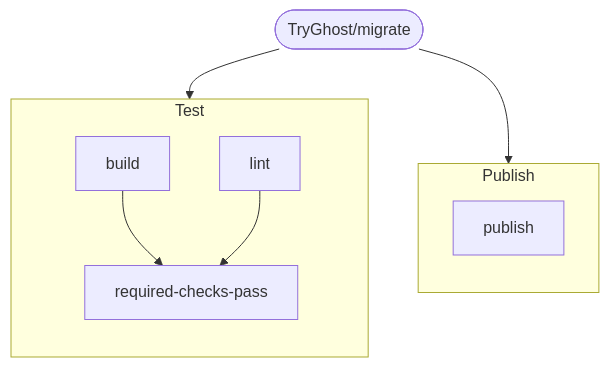
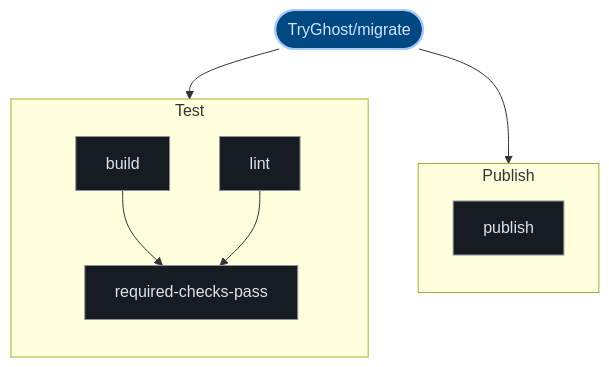
The second of 2 diagrams in exports/latest/reports/TryGhost-migrate-report.md (kumarshaz/atruss-code-atlas), drawn with Mermaid before and after one commit. The commit also changed other lines of this file and 331 other files, not shown here.

Commit message:
docs,ui,fix: update SDLC docs, reorder CI/CD DAG first, stylize Mermaid, and fix Arc42 pipeline topology

````diff
--- a/exports/latest/reports/TryGhost-migrate-report.md
+++ b/exports/latest/reports/TryGhost-migrate-report.md
@@ -203,18 +210,25 @@
 ```mermaid
 graph TD;
-  pipeline_root(["TryGhost/migrate"])
+  classDef atlasRoot fill:#004882,stroke:#a3c9ff,stroke-width:2px,color:#d3e4ff
+  classDef atlasCategory fill:#212428,stroke:#E87A48,stroke-width:1.5px,color:#dfe3eb
+  classDef atlasWorkflow fill:#1b2026,stroke:#a3c9ff,stroke-width:1.5px,color:#dfe3eb
+  classDef atlasJob fill:#171c22,stroke:#8d9199,stroke-width:1px,color:#dfe3eb
+  classDef atlasTarget fill:#005227,stroke:#8bd99b,stroke-width:1.5px,color:#a7f6b6
+  classDef atlasAlert fill:#93000a,stroke:#ffb4ab,stroke-width:1.5px,color:#ffdad6
+  classDef atlasMore fill:#252a31,stroke:#8d9199,stroke-dasharray:4 4,color:#c3c6cf
+  pipeline_root(["TryGhost/migrate"]):::atlasRoot
   subgraph Publish_0["Publish"]
     direction TB
-    0_publish["publish"]
+    0_publish["publish"]:::atlasJob
   end
   pipeline_root --> 0_publish
   subgraph Test_1["Test"]
     direction TB
-    1_lint["lint"]
-    1_build["build"]
-    1_required_checks_pass["required-checks-pass"]
+    1_lint["lint"]:::atlasJob
+    1_build["build"]:::atlasJob
+    1_required_checks_pass["required-checks-pass"]:::atlasJob
     1_build --> 1_required_checks_pass
     1_lint --> 1_required_checks_pass
   end
   pipeline_root --> 1_lint
 ```
````
